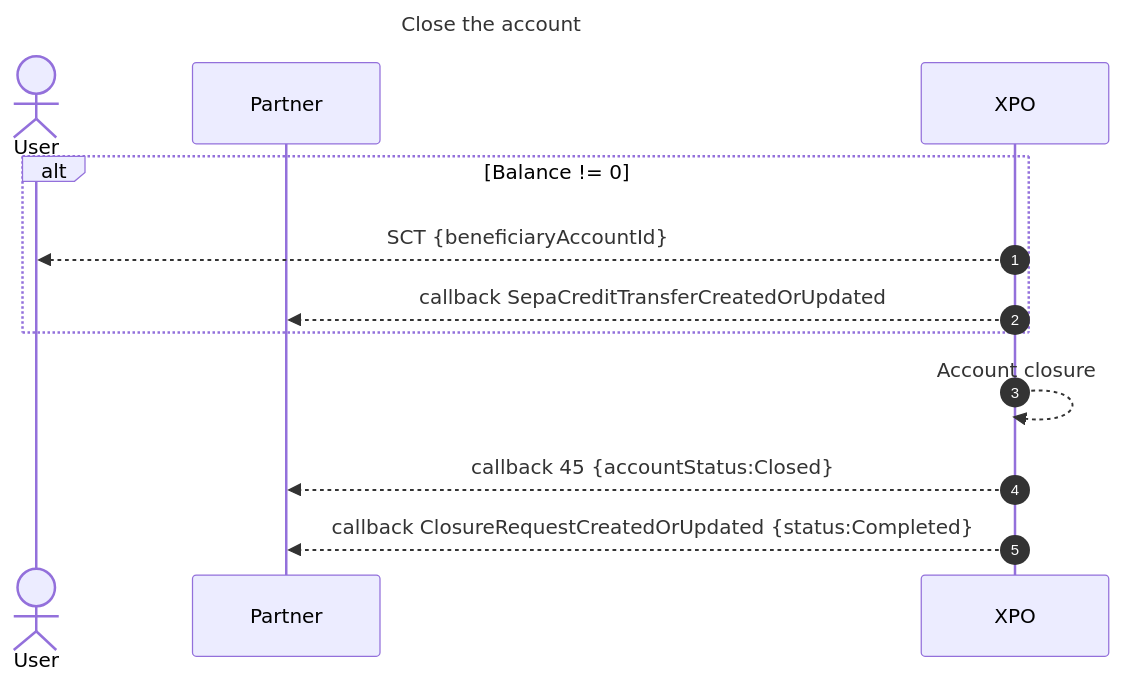
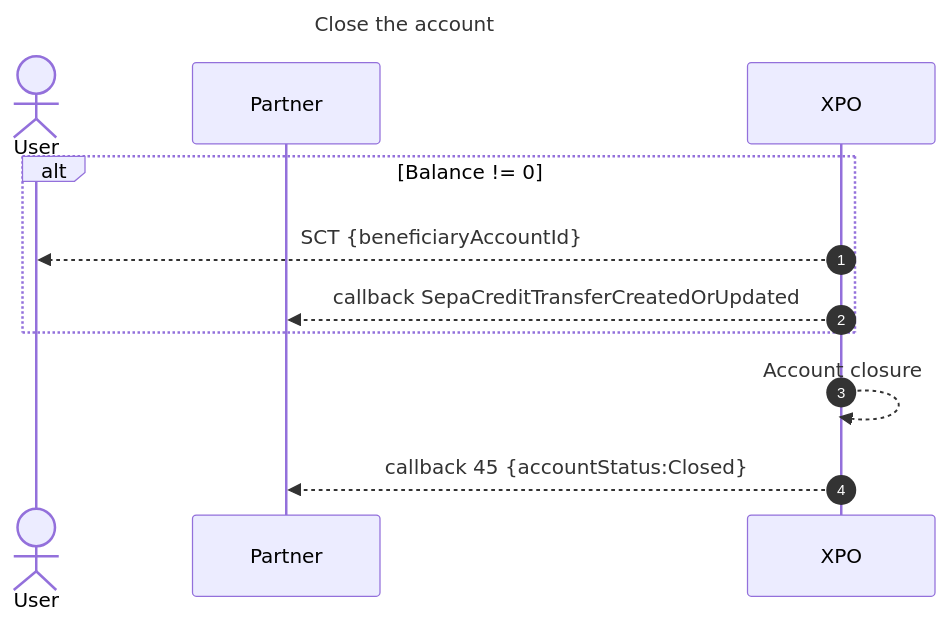
One commit to pomme-clic/s-money-documentation changed the fourth of 6 diagrams in docs/usecases/accounts/AccountClosure_deprecated.md. Above: the diagram before and after it, drawn with Mermaid. The commit also changed other lines of this file, not shown here.

````diff
--- a/docs/usecases/accounts/AccountClosure_deprecated.md
+++ b/docs/usecases/accounts/AccountClosure_deprecated.md
@@ -117,17 +155,17 @@
 ```mermaid
 sequenceDiagram
 Title: Close the account
 autoNumber
 Actor User
 Participant Partner
 Participant XPO
 
 alt Balance != 0
 	XPO -->> User: SCT {beneficiaryAccountId}
 	XPO -->> Partner: callback SepaCreditTransferCreatedOrUpdated
 end
 XPO -->> XPO: Account closure
 XPO -->> Partner: callback 45 {accountStatus:Closed}
-XPO -->> Partner: callback ClosureRequestCreatedOrUpdated {status:Completed}
+
 
 ```
````
